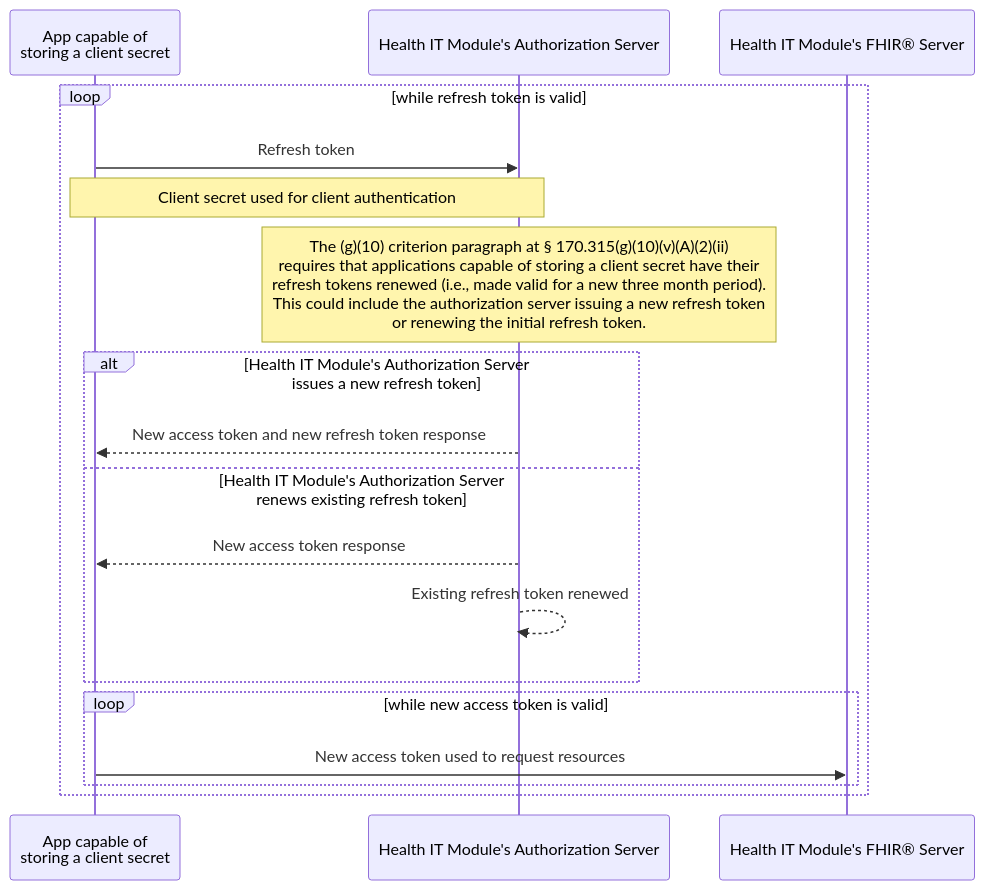
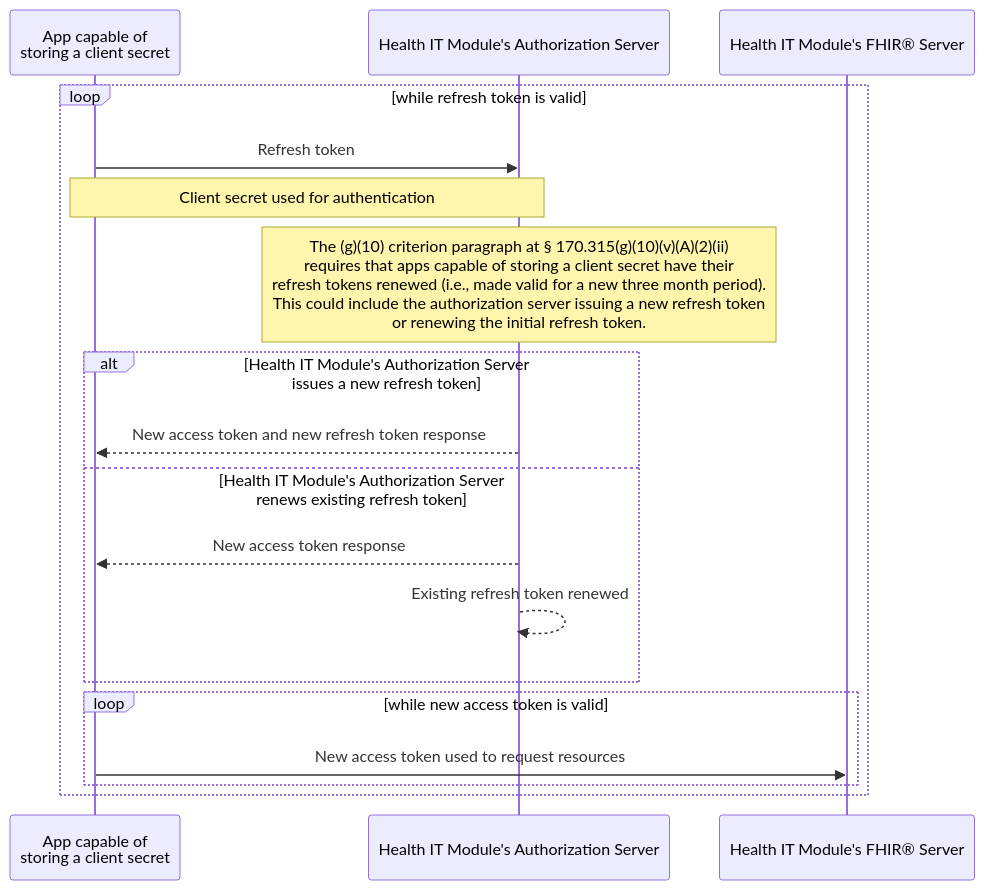
Before and after one commit to onc-healthit/api-resource-guide: the second of 5 diagrams in docs/g10-criterion.md, drawn with Mermaid. The commit also changed other lines of this file, not shown here.

````diff
--- a/docs/g10-criterion.md
+++ b/docs/g10-criterion.md
@@ -379,21 +379,21 @@
 	``` mermaid
 		sequenceDiagram
 			participant app as App capable of <br/> storing a client secret
 			participant authz as Health IT Module's Authorization Server
 			participant fhir as Health IT Module's FHIR® Server
 
 			loop while refresh token is valid
 			app ->> authz: Refresh token
-			note over app,authz: Client secret used for client authentication
-			note over authz: The (g)(10) criterion paragraph at § 170.315(g)(10)(v)(A)(2)(ii) <br/> requires that applications capable of storing a client secret have their <br/> refresh tokens renewed (i.e., made valid for a new three month period). <br/> This could include the authorization server issuing a new refresh token <br/> or renewing the initial refresh token.
+			note over app,authz: Client secret used for authentication
+			note over authz: The (g)(10) criterion paragraph at § 170.315(g)(10)(v)(A)(2)(ii) <br/> requires that apps capable of storing a client secret have their <br/> refresh tokens renewed (i.e., made valid for a new three month period). <br/> This could include the authorization server issuing a new refresh token <br/> or renewing the initial refresh token.
 			alt Health IT Module's Authorization Server issues a new refresh token
 				authz -->> app: New access token and new refresh token response
 			else Health IT Module's Authorization Server renews existing refresh token
 				authz -->> app: New access token response
 				authz -->> authz: Existing refresh token renewed
 			end
 			loop while new access token is valid
 				app ->> fhir: New access token used to request resources
 			end
 			end
 	```
````
